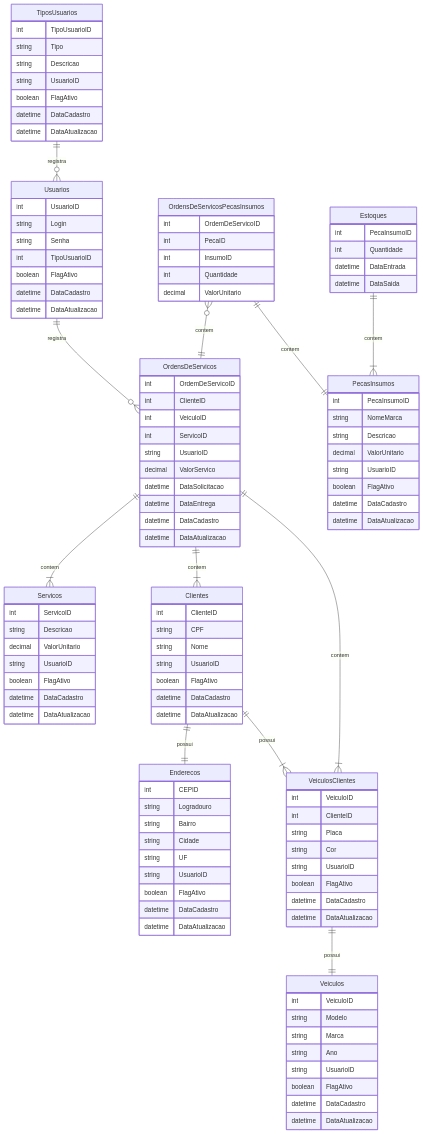
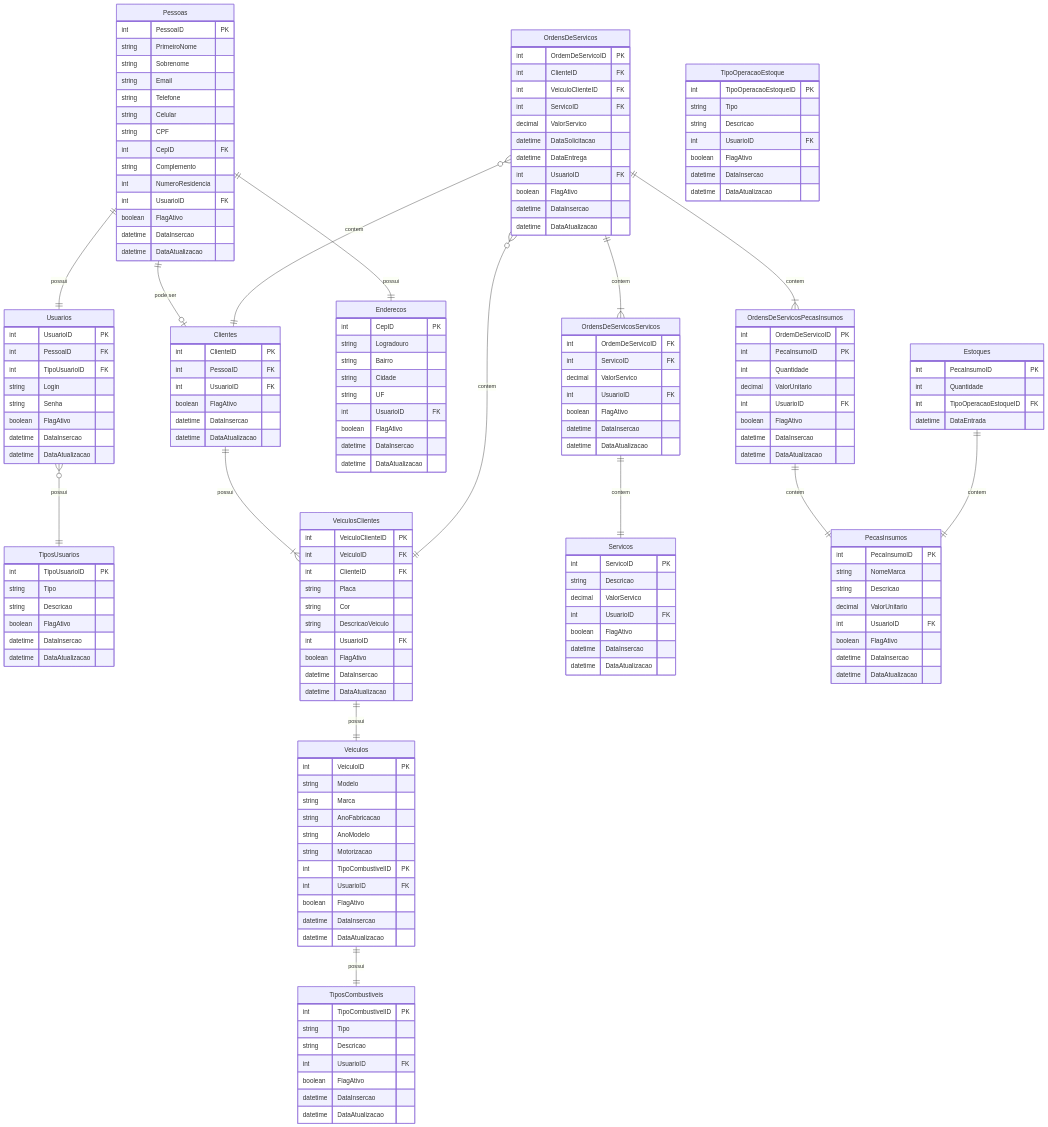
Before and after one commit to andrey-murari/py-fastapi-mecanica-siaes: the diagram in mer.mermaid, drawn with Mermaid.

Commit message:
Atualizacoes

```diff
--- a/mer.mermaid
+++ b/mer.mermaid
@@ -1,124 +1,198 @@
 erDiagram
+    Pessoas {
+        int PessoaID PK
+        string PrimeiroNome
+        string Sobrenome
+        string Email
+        string Telefone
+        string Celular
+        string CPF
+        %% Info residencial %%
+        int CepID FK
+        string Complemento
+        int NumeroResidencia
+        %% Usuario associado a pessoa %%
+        int UsuarioID FK
+        %% Campos sistemicos %%
+        boolean FlagAtivo
+        datetime DataInsercao
+        datetime DataAtualizacao
+    }
     Usuarios {
-        int UsuarioID
+        int UsuarioID PK
+        int PessoaID FK
+        int TipoUsuarioID FK
         string Login
         string Senha
-        int TipoUsuarioID
+        %% Campos sistemicos %%
         boolean FlagAtivo
-        datetime DataCadastro
+        datetime DataInsercao
         datetime DataAtualizacao
     }
+    %% Dominio com os perfis de usuario possiveis %%
     TiposUsuarios {
-        int TipoUsuarioID
+        int TipoUsuarioID PK
         string Tipo
         string Descricao
-        string UsuarioID
+        %% Campos sistemicos %%
         boolean FlagAtivo
-        datetime DataCadastro
+        datetime DataInsercao
         datetime DataAtualizacao
     }
     Clientes {
-        int ClienteID
-        string CPF
-        string Nome
-        string UsuarioID
+        int ClienteID PK
+        int PessoaID FK
+        %% Campos sistemicos %%
+        int UsuarioID FK
         boolean FlagAtivo
-        datetime DataCadastro
+        datetime DataInsercao
         datetime DataAtualizacao
     }
     %% Sera buscado e populado CEP via API %%
     Enderecos {
-        int CEPID
+        int CepID PK
         string Logradouro
         string Bairro
         string Cidade
         string UF
-        string UsuarioID
+        %% Campos sistemicos %%
+        int UsuarioID FK
         boolean FlagAtivo
-        datetime DataCadastro
+        datetime DataInsercao
         datetime DataAtualizacao
     }
     %% Poderia ser populado inicialmente em batch %%
     Veiculos {
-        int VeiculoID
+        int VeiculoID PK
         string Modelo
         string Marca
-        string Ano
-        string UsuarioID
+        string AnoFabricacao
+        string AnoModelo
+        string Motorizacao
+        int TipoCombustivelID PK
+        %% Campos sistemicos %%
+        int UsuarioID FK
         boolean FlagAtivo
-        datetime DataCadastro
+        datetime DataInsercao
+        datetime DataAtualizacao
+    }
+    TiposCombustiveis {
+        int TipoCombustivelID PK
+        string Tipo
+        string Descricao
+        %% Campos sistemicos %%
+        int UsuarioID FK
+        boolean FlagAtivo
+        datetime DataInsercao
         datetime DataAtualizacao
     }
     VeiculosClientes {
-        int VeiculoID
-        int ClienteID
+        int VeiculoClienteID PK
+        int VeiculoID FK
+        int ClienteID FK
         string Placa
         string Cor
-        string UsuarioID
+        string DescricaoVeiculo
+        %% Campos sistemicos %%
+        int UsuarioID FK
         boolean FlagAtivo
-        datetime DataCadastro
+        datetime DataInsercao
         datetime DataAtualizacao
     }
     OrdensDeServicos {
-        int OrdemDeServicoID
-        int ClienteID
-        int VeiculoID
-        int ServicoID
-        string UsuarioID
+        int OrdemDeServicoID PK
+        int ClienteID FK
+        int VeiculoClienteID FK
+        int ServicoID FK
         decimal ValorServico
         datetime DataSolicitacao
         datetime DataEntrega
-        datetime DataCadastro
+        %% Campos sistemicos %%
+        int UsuarioID FK
+        boolean FlagAtivo
+        datetime DataInsercao
         datetime DataAtualizacao
     }
     OrdensDeServicosPecasInsumos {
-        int OrdemDeServicoID
-        int PecaID
-        int InsumoID
+        int OrdemDeServicoID PK
+        int PecaInsumoID PK
         int Quantidade
         decimal ValorUnitario
+        %% Campos sistemicos %%
+        int UsuarioID FK
+        boolean FlagAtivo
+        datetime DataInsercao
+        datetime DataAtualizacao
+    }
+    OrdensDeServicosServicos {
+        int OrdemDeServicoID FK
+        int ServicoID FK
+        decimal ValorServico
+        %% Campos sistemicos %%
+        int UsuarioID FK
+        boolean FlagAtivo
+        datetime DataInsercao
+        datetime DataAtualizacao
     }
     %% Poderia ser populado inicialmente em batch %%
     Servicos{
-        int ServicoID
+        int ServicoID PK
         string Descricao
-        decimal ValorUnitario
-        string UsuarioID
+        decimal ValorServico
+        int UsuarioID FK
+        %% Campos sistemicos %%
         boolean FlagAtivo
-        datetime DataCadastro
+        datetime DataInsercao
         datetime DataAtualizacao
     }
     %% Poderia ser populado inicialmente em batch %%
     PecasInsumos {
-        int PecaInsumoID
+        int PecaInsumoID PK
         string NomeMarca
         string Descricao
         decimal ValorUnitario
-        string UsuarioID
+        %% Campos sistemicos %%
+        int UsuarioID FK
         boolean FlagAtivo
-        datetime DataCadastro
+        datetime DataInsercao
         datetime DataAtualizacao
     }
     Estoques {
-        int PecaInsumoID
+        int PecaInsumoID PK
         int Quantidade
+        int TipoOperacaoEstoqueID FK
         datetime DataEntrada
-        datetime DataSaida
+    }
+    TipoOperacaoEstoque {
+        int TipoOperacaoEstoqueID PK
+        string Tipo
+        string Descricao
+        %% Campos sistemicos %%
+        int UsuarioID FK
+        boolean FlagAtivo
+        datetime DataInsercao
+        datetime DataAtualizacao
     }
 
-    TiposUsuarios ||--o{ Usuarios : registra
-    Usuarios ||--o{ OrdensDeServicos : registra
+    Pessoas ||--|| Usuarios : "possui"
+    Pessoas ||--o| Clientes : "pode ser"
+    Pessoas ||--|| Enderecos : possui
 
-    OrdensDeServicos ||--|{ Servicos: contem
-    OrdensDeServicos ||--|{ Clientes: contem
-    OrdensDeServicos ||--|{ VeiculosClientes: contem
+    Usuarios }o--|| TiposUsuarios : possui
 
-    OrdensDeServicosPecasInsumos }o--|| OrdensDeServicos: contem
-    OrdensDeServicosPecasInsumos ||--|| PecasInsumos: contem
+    Clientes ||--|{ VeiculosClientes: possui
+
+    Veiculos ||--|| TiposCombustiveis: possui
 
     VeiculosClientes ||--|| Veiculos: possui
 
-    Clientes ||--|| Enderecos: possui
-    Clientes ||--|{ VeiculosClientes: possui
+    OrdensDeServicos }o--|| Clientes: contem
+    OrdensDeServicos }o--|| VeiculosClientes: contem
 
-    Estoques ||--|{ PecasInsumos: contem
+    OrdensDeServicos ||--|{ OrdensDeServicosServicos: contem
+    OrdensDeServicos ||--|{ OrdensDeServicosPecasInsumos: contem
+
+    OrdensDeServicosServicos ||--|| Servicos: contem
+    OrdensDeServicosPecasInsumos ||--|| PecasInsumos: contem
+
+    Estoques ||--|| PecasInsumos: contem
```
